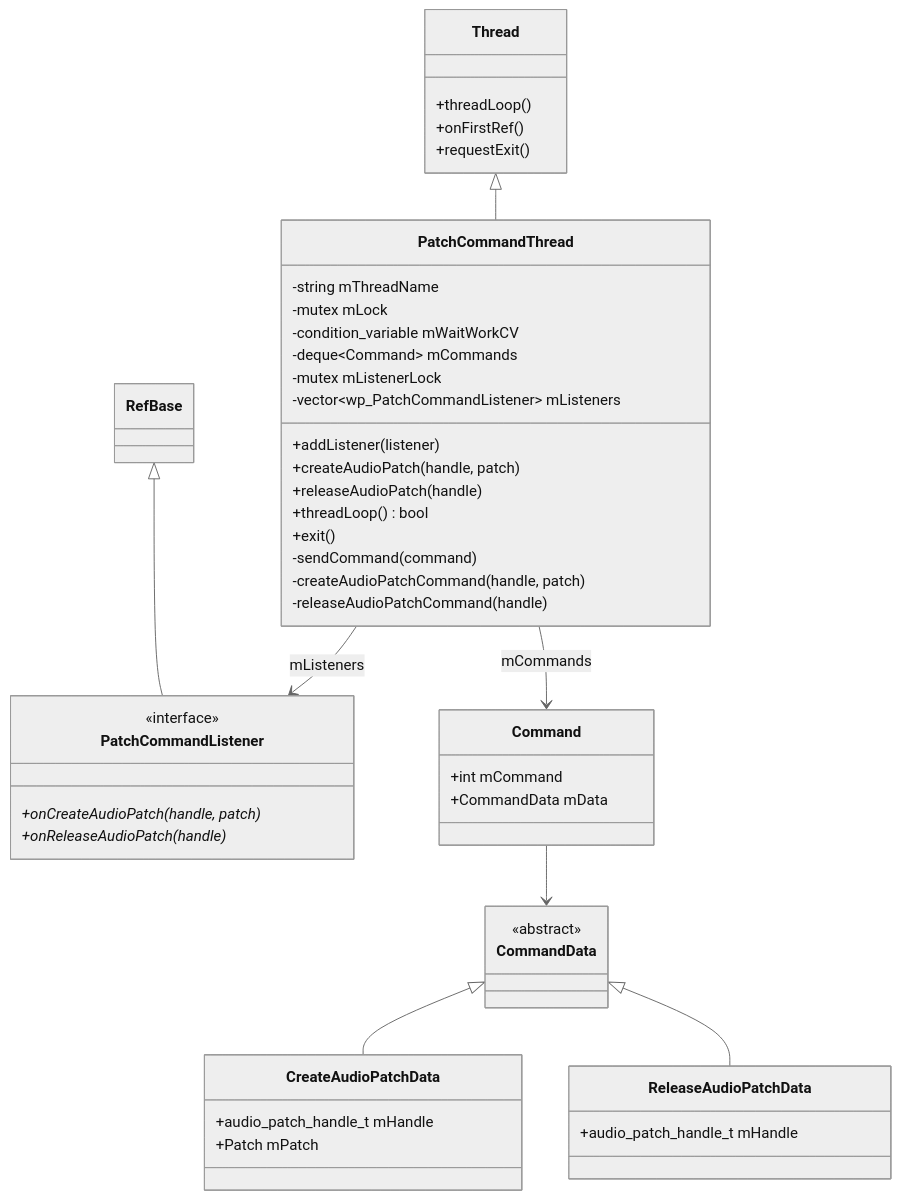
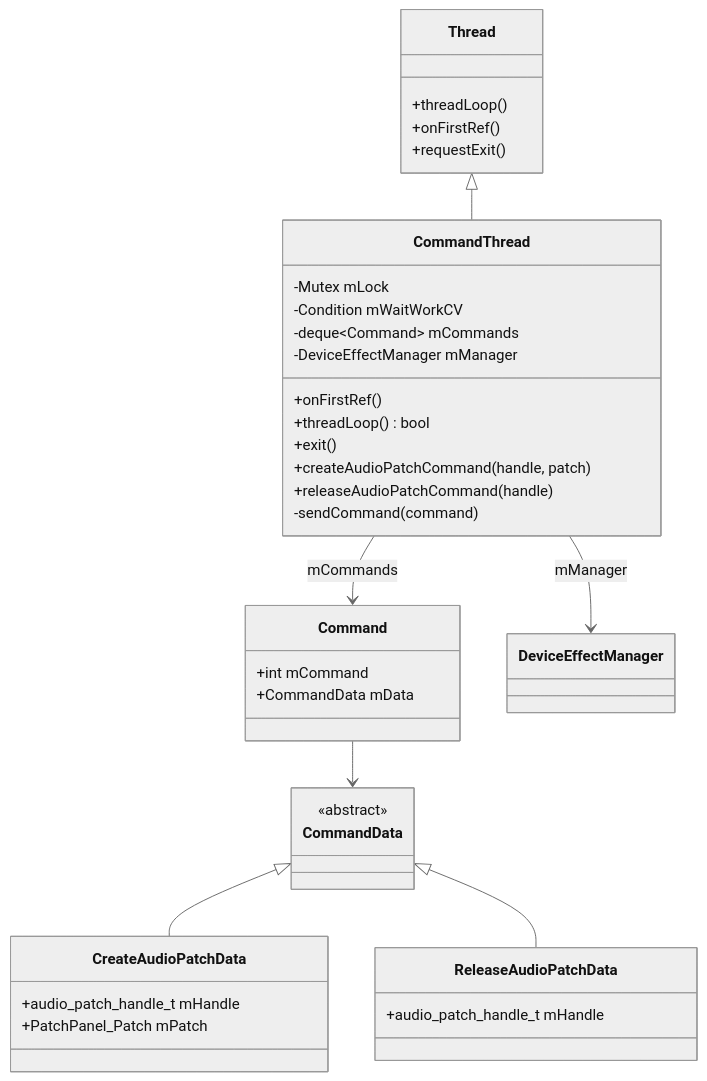
One commit to yanglinzhen1022/SA8295_AAOS_QNX_Audio_KnowledgeBase changed the first of 4 diagrams in 05_AudioFlinger/05_5.15_PatchCommandThread-Patch异步命令线程.md. Above: the diagram before and after it, drawn with Mermaid (neutral theme). The commit also changed other lines of this file and 12 other files, not shown here.

````diff
--- a/05_AudioFlinger/05_5.15_PatchCommandThread-Patch异步命令线程.md
+++ b/05_AudioFlinger/05_5.15_PatchCommandThread-Patch异步命令线程.md
@@ -36,51 +43,41 @@
 ```mermaid
 classDiagram
     class Thread {
         +threadLoop()
         +onFirstRef()
         +requestExit()
     }
-    class PatchCommandThread {
-        -string mThreadName
-        -mutex mLock
-        -condition_variable mWaitWorkCV
+    class CommandThread {
+        -Mutex mLock
+        -Condition mWaitWorkCV
         -deque~Command~ mCommands
-        -mutex mListenerLock
-        -vector~wp_PatchCommandListener~ mListeners
-        +addListener(listener)
-        +createAudioPatch(handle, patch)
-        +releaseAudioPatch(handle)
+        -DeviceEffectManager mManager
+        +onFirstRef()
         +threadLoop() bool
         +exit()
+        +createAudioPatchCommand(handle, patch)
+        +releaseAudioPatchCommand(handle)
         -sendCommand(command)
-        -createAudioPatchCommand(handle, patch)
-        -releaseAudioPatchCommand(handle)
-    }
-    class PatchCommandListener {
-        <<interface>>
-        +onCreateAudioPatch(handle, patch)*
-        +onReleaseAudioPatch(handle)*
     }
     class Command {
         +int mCommand
         +CommandData mData
     }
     class CommandData {
         <<abstract>>
     }
     class CreateAudioPatchData {
         +audio_patch_handle_t mHandle
-        +Patch mPatch
+        +PatchPanel_Patch mPatch
     }
     class ReleaseAudioPatchData {
         +audio_patch_handle_t mHandle
     }
-    
-    Thread <|-- PatchCommandThread
-    RefBase <|-- PatchCommandListener
+
+    Thread <|-- CommandThread
     Command --> CommandData
     CommandData <|-- CreateAudioPatchData
     CommandData <|-- ReleaseAudioPatchData
-    PatchCommandThread --> Command : mCommands
-    PatchCommandThread --> PatchCommandListener : mListeners
+    CommandThread --> Command : mCommands
+    CommandThread --> DeviceEffectManager : mManager
 ```
````
